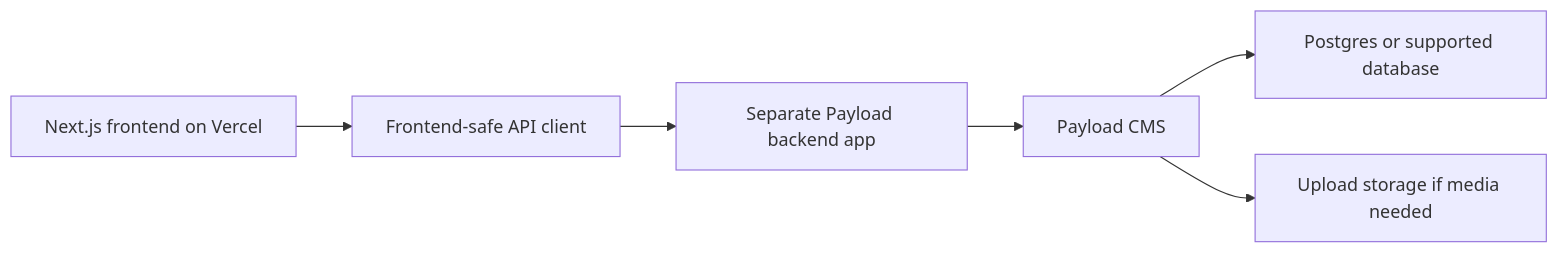
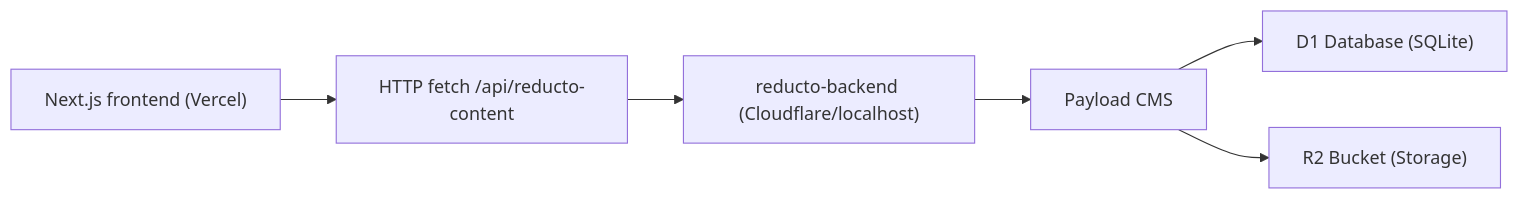
One commit to hthmkt12/reducto-web changed the second of 2 diagrams in docs/system-architecture.md. Above: the diagram before and after it, drawn with Mermaid. The commit also changed other lines of this file and 14 other files, not shown here.

Commit message:
docs: update payload backend local workflow

````diff
--- a/docs/system-architecture.md
+++ b/docs/system-architecture.md
@@ -32,8 +47,8 @@
 ```mermaid
 flowchart LR
-  UI["Next.js frontend on Vercel"] --> Client["Frontend-safe API client"]
-  Client --> API["Separate Payload backend app"]
-  API --> Payload["Payload CMS"]
-  Payload --> DB["Postgres or supported database"]
-  Payload --> Storage["Upload storage if media needed"]
+  UI["Next.js frontend (Vercel)"] --> APIFetch["HTTP fetch /api/reducto-content"]
+  APIFetch --> Backend["reducto-backend (Cloudflare/localhost)"]
+  Backend --> Payload["Payload CMS"]
+  Payload --> DB["D1 Database (SQLite)"]
+  Payload --> Storage["R2 Bucket (Storage)"]
 ```
````
